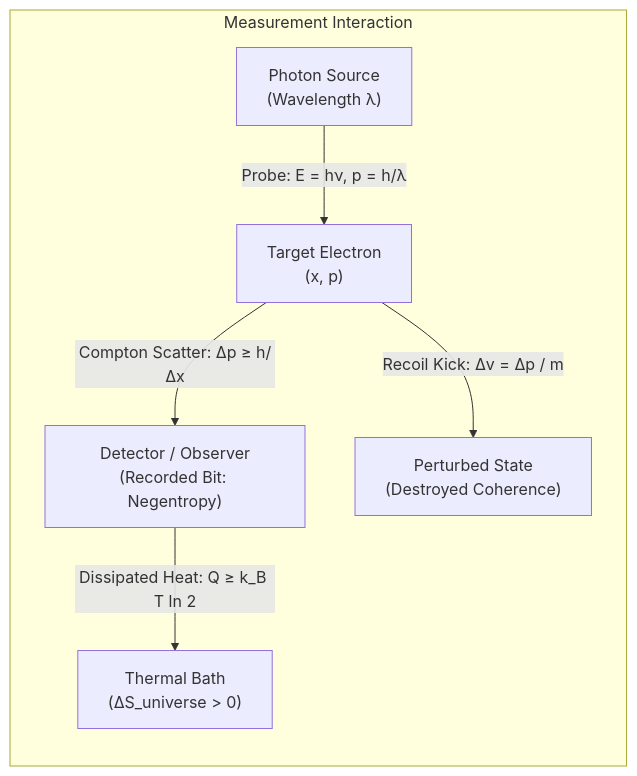
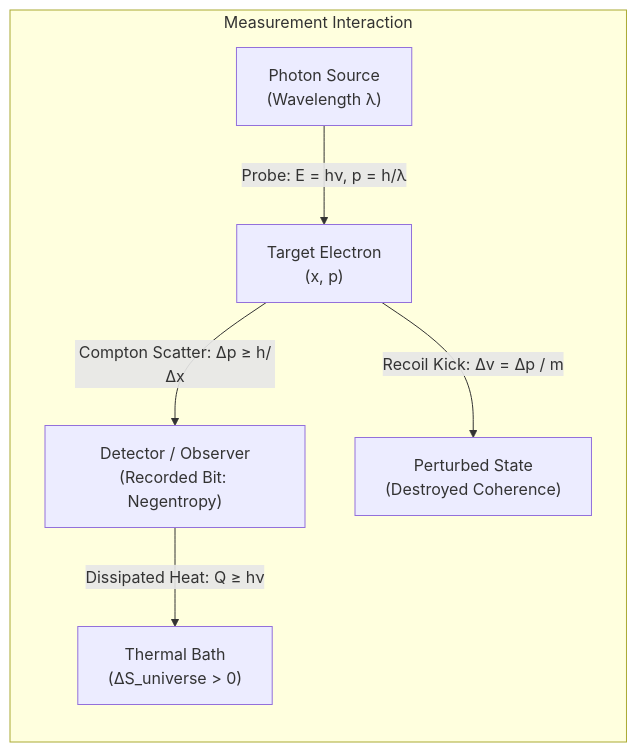
The first of 7 diagrams in _posts/2026-10-08-there-is-no-such-thing-as-a-passive-read.md (hiraditya/hiraditya.github.io), drawn with Mermaid before and after one commit. The commit also changed other lines of this file, not shown here.

````diff
--- a/_posts/2026-10-08-there-is-no-such-thing-as-a-passive-read.md
+++ b/_posts/2026-10-08-there-is-no-such-thing-as-a-passive-read.md
@@ -27,9 +27,9 @@
 ```mermaid
 graph LR
   subgraph Measurement Interaction
     L["Photon Source<br/>(Wavelength &lambda;)"] -->|"Probe: E = h&nu;, p = h/&lambda;"| E["Target Electron<br/>(x, p)"]
     E -->|"Compton Scatter: &Delta;p &ge; h/&Delta;x"| D["Detector / Observer<br/>(Recorded Bit: Negentropy)"]
     E -->|"Recoil Kick: &Delta;v = &Delta;p / m"| S["Perturbed State<br/>(Destroyed Coherence)"]
-    D -->|"Dissipated Heat: Q &ge; k_B T ln 2"| B["Thermal Bath<br/>(&Delta;S_universe &gt; 0)"]
+    D -->|"Dissipated Heat: Q &ge; h&nu;"| B["Thermal Bath<br/>(&Delta;S_universe &gt; 0)"]
   end
 ```
````
